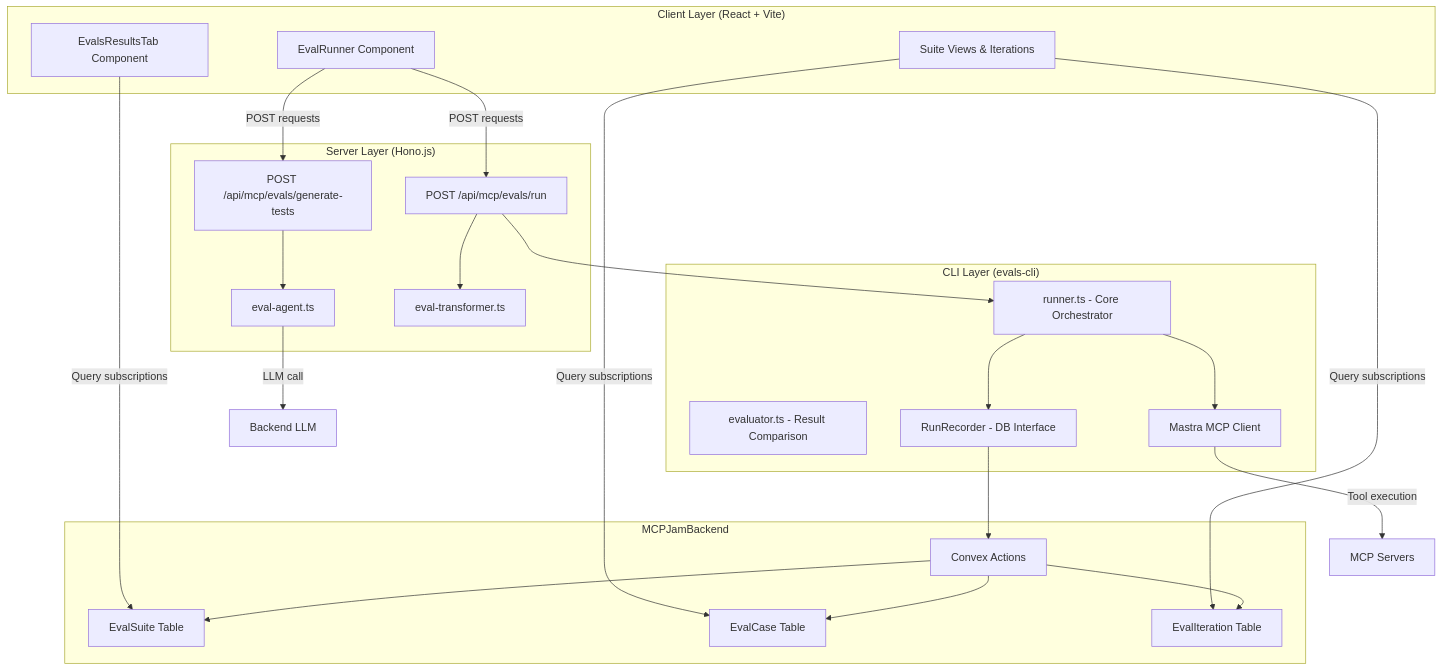
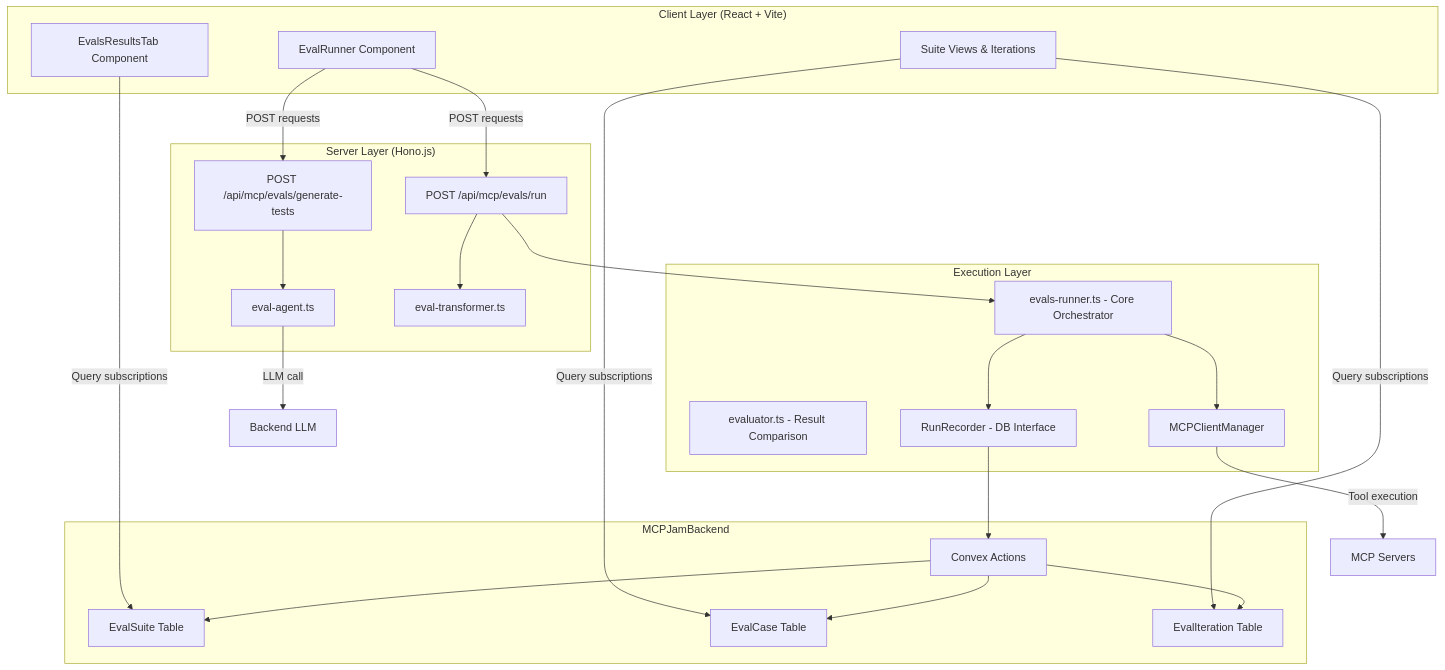
The first of 11 diagrams in docs/contributing/evals-architecture.mdx (MCPJam/inspector), drawn with Mermaid before and after one commit. The commit also changed other lines of this file, not shown here.

````diff
--- a/docs/contributing/evals-architecture.mdx
+++ b/docs/contributing/evals-architecture.mdx
@@ -35,50 +35,50 @@
 ```mermaid
 graph TB
     subgraph Client["Client Layer (React + Vite)"]
         A[EvalRunner Component]
         B[EvalsResultsTab Component]
         C[Suite Views & Iterations]
     end
 
     subgraph Server["Server Layer (Hono.js)"]
         D[POST /api/mcp/evals/run]
         E[POST /api/mcp/evals/generate-tests]
         F[eval-agent.ts]
         G[eval-transformer.ts]
     end
 
-    subgraph CLI["CLI Layer (evals-cli)"]
-        H[runner.ts - Core Orchestrator]
+    subgraph Execution["Execution Layer"]
+        H[evals-runner.ts - Core Orchestrator]
         I[evaluator.ts - Result Comparison]
         J[RunRecorder - DB Interface]
-        K[Mastra MCP Client]
+        K[MCPClientManager]
     end
 
     subgraph Backend["MCPJamBackend"]
         L[EvalSuite Table]
         M[EvalCase Table]
         N[EvalIteration Table]
         O[Convex Actions]
     end
 
     A -->|POST requests| D
     A -->|POST requests| E
     B -->|Query subscriptions| L
     C -->|Query subscriptions| M
     C -->|Query subscriptions| N
 
     D --> H
     E --> F
     D --> G
 
     H --> J
     J --> O
     O --> L
     O --> M
     O --> N
 
     H --> K
     K -->|Tool execution| P[MCP Servers]
 
     F -->|LLM call| Q[Backend LLM]
 ```
````
